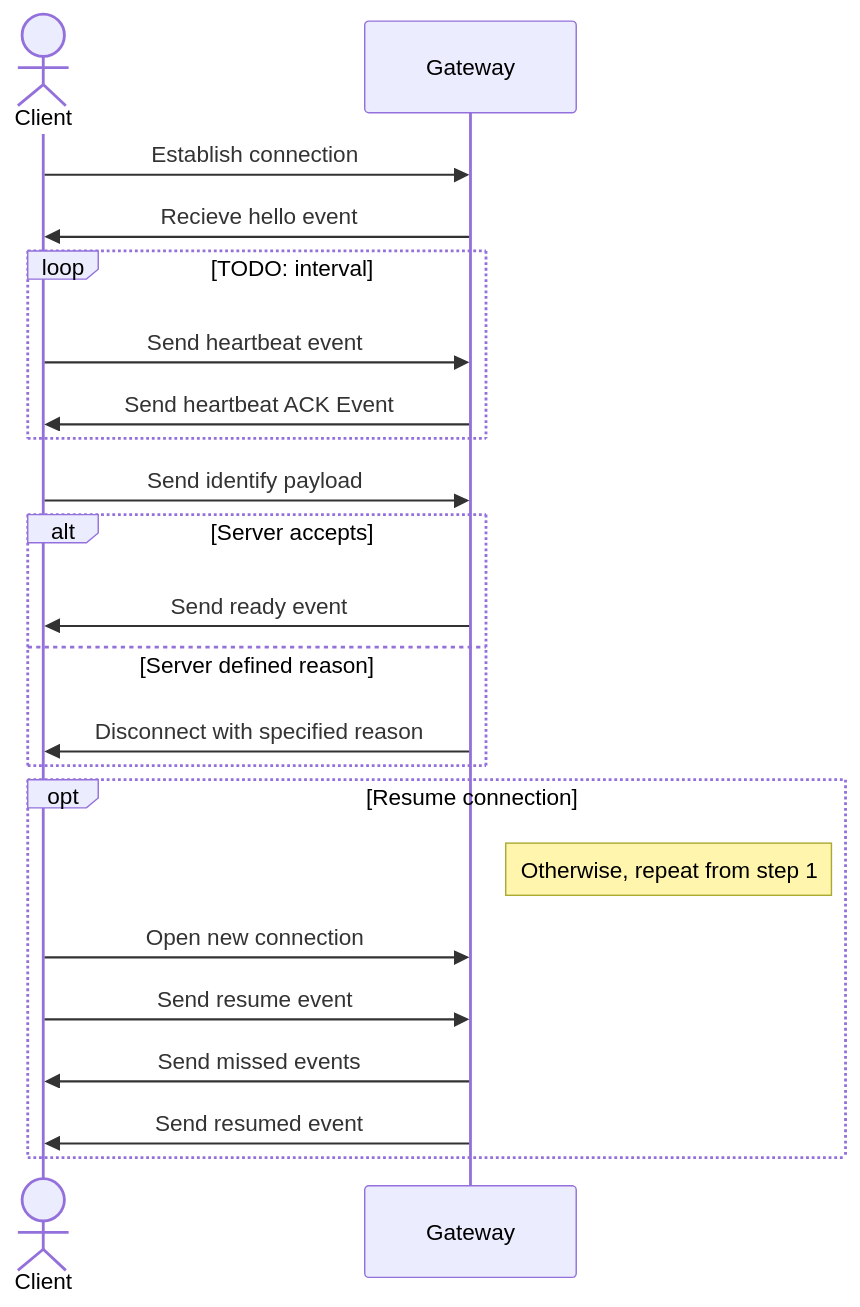
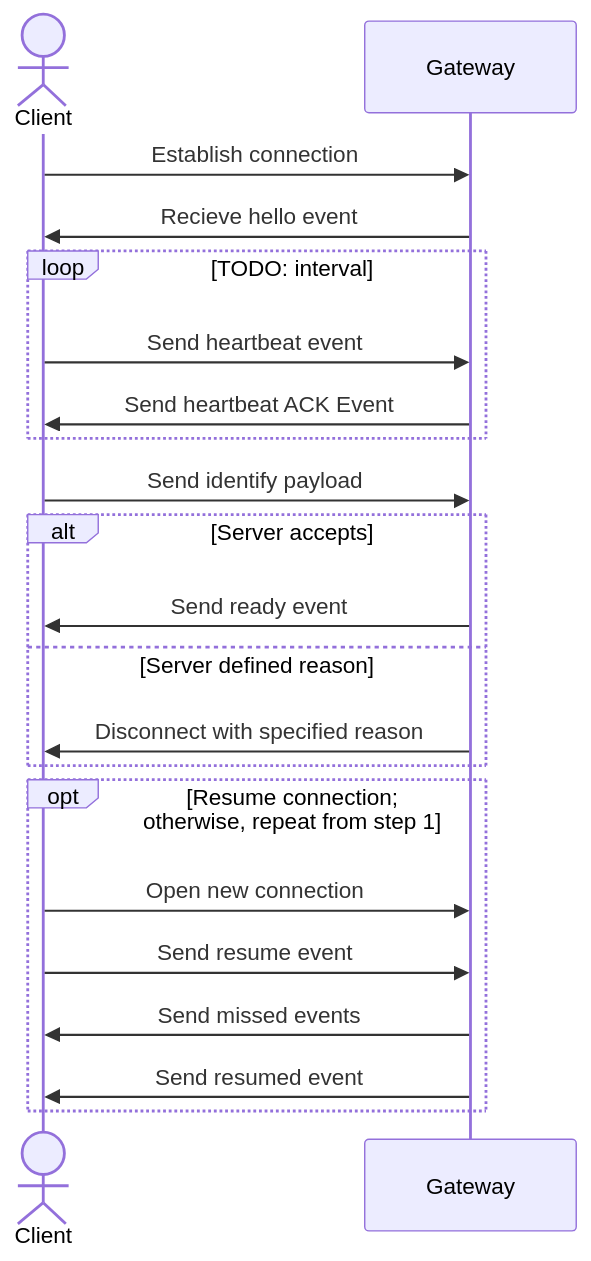
One commit to polyphony-chat/docs changed the diagram in SPECIFICATION.md. Above: the diagram before and after it, drawn with Mermaid.

Commit message:
docs(core): fix ugly note in fig one

````diff
--- a/SPECIFICATION.md
+++ b/SPECIFICATION.md
@@ -92,32 +92,31 @@
 ```mermaid
 sequenceDiagram
 
 actor c as Client
 participant g as Gateway
 
 c->>g: Establish connection
 g->>c: Recieve hello event
 
 loop TODO: interval
   c->>g: Send heartbeat event
   g->>c: Send heartbeat ACK Event
 end
 
 c->>g: Send identify payload
 
 alt Server accepts
   g->>c: Send ready event
 else Server defined reason
   g->>c: Disconnect with specified reason
 end
 
 
-opt Resume connection
-  Note right of g: Otherwise, repeat from step 1
+opt Resume connection#59;<br />otherwise, repeat from step 1
   c->>g: Open new connection
   c->>g: Send resume event
   g->>c: Send missed events
   g->>c: Send resumed event
 end
 
 ```
````
